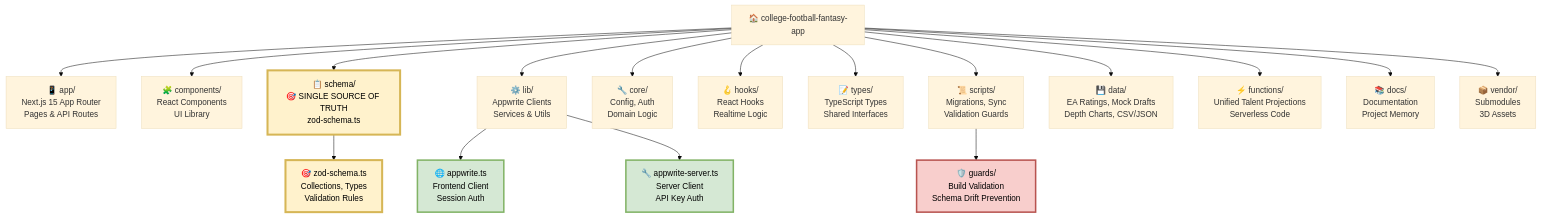
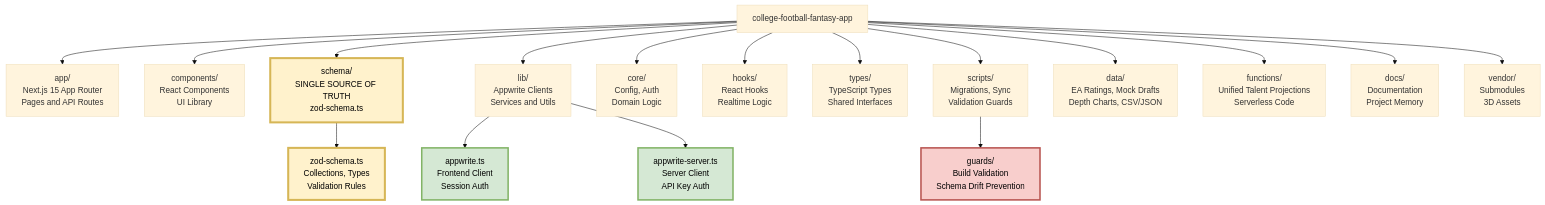
The first of 4 diagrams in PROJECT_MAP.md (kpm34/college-football-fantasy-app), drawn with Mermaid (base theme) before and after one commit. The commit also changed other lines of this file and 1 other file, not shown here.

Commit message:
fix(mermaid): critical fixes for diagram rendering
- Removed ALL emojis and special characters from Mermaid nodes
- Fixed API to read from root PROJECT_MAP.md instead of docs/
- Added cache-busting headers to prevent stale diagram content
- Simplified node labels to use only ASCII characters
- Fixed subgraph syntax issues causing parse errors
- Ensured API serves fresh content on every request

````diff
--- a/PROJECT_MAP.md
+++ b/PROJECT_MAP.md
@@ -12,37 +12,37 @@
 ```mermaid
 graph TD
-    ROOT[🏠 college-football-fantasy-app]
+    ROOT[college-football-fantasy-app]
     
     %% Core Application
-    ROOT --> APP[📱 app/<br/>Next.js 15 App Router<br/>Pages & API Routes]
-    ROOT --> COMPONENTS[🧩 components/<br/>React Components<br/>UI Library]
-    ROOT --> SCHEMA[📋 schema/<br/>🎯 SINGLE SOURCE OF TRUTH<br/>zod-schema.ts]
+    ROOT --> APP[app/<br/>Next.js 15 App Router<br/>Pages and API Routes]
+    ROOT --> COMPONENTS[components/<br/>React Components<br/>UI Library]
+    ROOT --> SCHEMA[schema/<br/>SINGLE SOURCE OF TRUTH<br/>zod-schema.ts]
     
-    %% Configuration & Services  
-    ROOT --> LIB[⚙️ lib/<br/>Appwrite Clients<br/>Services & Utils]
-    ROOT --> CORE[🔧 core/<br/>Config, Auth<br/>Domain Logic]
-    ROOT --> HOOKS[🪝 hooks/<br/>React Hooks<br/>Realtime Logic]
-    ROOT --> TYPES[📝 types/<br/>TypeScript Types<br/>Shared Interfaces]
+    %% Configuration and Services  
+    ROOT --> LIB[lib/<br/>Appwrite Clients<br/>Services and Utils]
+    ROOT --> CORE[core/<br/>Config, Auth<br/>Domain Logic]
+    ROOT --> HOOKS[hooks/<br/>React Hooks<br/>Realtime Logic]
+    ROOT --> TYPES[types/<br/>TypeScript Types<br/>Shared Interfaces]
     
-    %% Data & Scripts
-    ROOT --> SCRIPTS[📜 scripts/<br/>Migrations, Sync<br/>Validation Guards]
-    ROOT --> DATA[💾 data/<br/>EA Ratings, Mock Drafts<br/>Depth Charts, CSV/JSON]
-    ROOT --> FUNCTIONS[⚡ functions/<br/>Unified Talent Projections<br/>Serverless Code]
+    %% Data and Scripts
+    ROOT --> SCRIPTS[scripts/<br/>Migrations, Sync<br/>Validation Guards]
+    ROOT --> DATA[data/<br/>EA Ratings, Mock Drafts<br/>Depth Charts, CSV/JSON]
+    ROOT --> FUNCTIONS[functions/<br/>Unified Talent Projections<br/>Serverless Code]
     
-    %% Documentation & Deployment
-    ROOT --> DOCS[📚 docs/<br/>Documentation<br/>Project Memory]
-    ROOT --> VENDOR[📦 vendor/<br/>Submodules<br/>3D Assets]
+    %% Documentation and Deployment
+    ROOT --> DOCS[docs/<br/>Documentation<br/>Project Memory]
+    ROOT --> VENDOR[vendor/<br/>Submodules<br/>3D Assets]
     
     %% Key Files Detail
-    SCHEMA --> SSOT[🎯 zod-schema.ts<br/>Collections, Types<br/>Validation Rules]
-    LIB --> FRONTEND[🌐 appwrite.ts<br/>Frontend Client<br/>Session Auth]
-    LIB --> BACKEND[🔧 appwrite-server.ts<br/>Server Client<br/>API Key Auth]
-    SCRIPTS --> GUARDS[🛡️ guards/<br/>Build Validation<br/>Schema Drift Prevention]
+    SCHEMA --> SSOT[zod-schema.ts<br/>Collections, Types<br/>Validation Rules]
+    LIB --> FRONTEND[appwrite.ts<br/>Frontend Client<br/>Session Auth]
+    LIB --> BACKEND[appwrite-server.ts<br/>Server Client<br/>API Key Auth]
+    SCRIPTS --> GUARDS[guards/<br/>Build Validation<br/>Schema Drift Prevention]
     
     %% Styling
     style SCHEMA fill:#fff2cc,stroke:#d6b656,stroke-width:4px,color:#000000
     style SSOT fill:#fff2cc,stroke:#d6b656,stroke-width:4px,color:#000000
     style GUARDS fill:#f8cecc,stroke:#b85450,stroke-width:3px,color:#000000
     style FRONTEND fill:#d5e8d4,stroke:#82b366,stroke-width:3px,color:#000000
     style BACKEND fill:#d5e8d4,stroke:#82b366,stroke-width:3px,color:#000000
 ```
````
